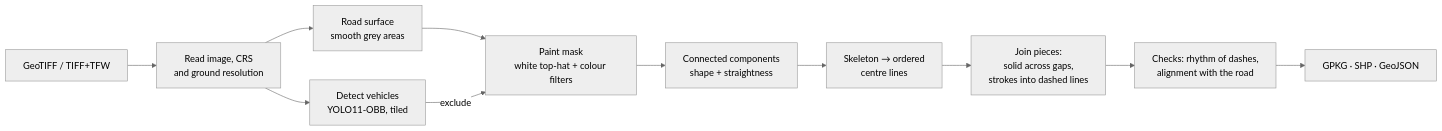
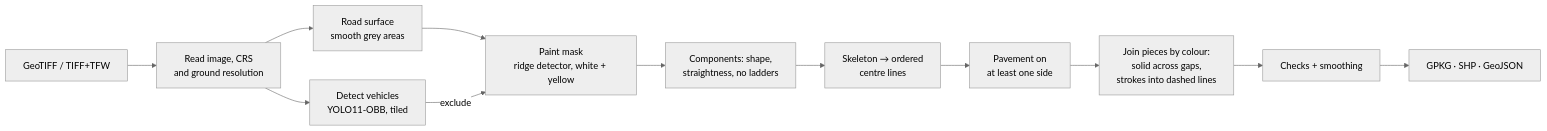
The diagram in README.md (faithfoolness/AerialPhotographyProcessing), drawn with Mermaid (neutral theme) before and after one commit. The commit also changed other lines of this file and 8 other files, not shown here.

First line of the commit message:
Ridge paint detector, yellow paint, guardrail rejection, smoothing

````diff
--- a/README.md
+++ b/README.md
@@ -21,13 +21,14 @@
 ```mermaid
 flowchart LR
     A[GeoTIFF / TIFF+TFW] --> B[Read image, CRS<br/>and ground resolution]
     B --> R[Road surface<br/>smooth grey areas]
     B --> C[Detect vehicles<br/>YOLO11-OBB, tiled]
-    R --> D[Paint mask<br/>white top-hat + colour filters]
+    R --> D[Paint mask<br/>ridge detector, white + yellow]
     C -- exclude --> D
-    D --> E[Connected components<br/>shape + straightness]
+    D --> E[Components: shape,<br/>straightness, no ladders]
     E --> F[Skeleton → ordered<br/>centre lines]
-    F --> G[Join pieces:<br/>solid across gaps,<br/>strokes into dashed lines]
-    G --> V[Checks: rhythm of dashes,<br/>alignment with the road]
+    F --> S[Pavement on<br/>at least one side]
+    S --> G[Join pieces by colour:<br/>solid across gaps,<br/>strokes into dashed lines]
+    G --> V[Checks + smoothing]
     V --> H[GPKG · SHP · GeoJSON]
 ```
````
